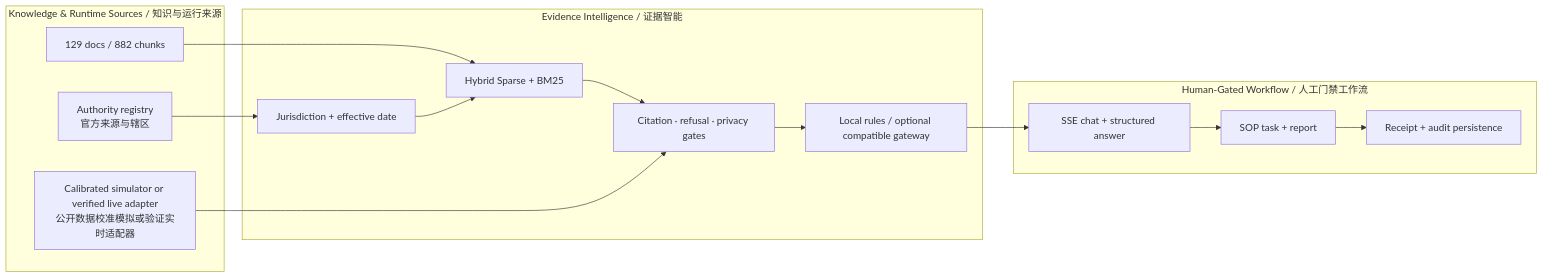
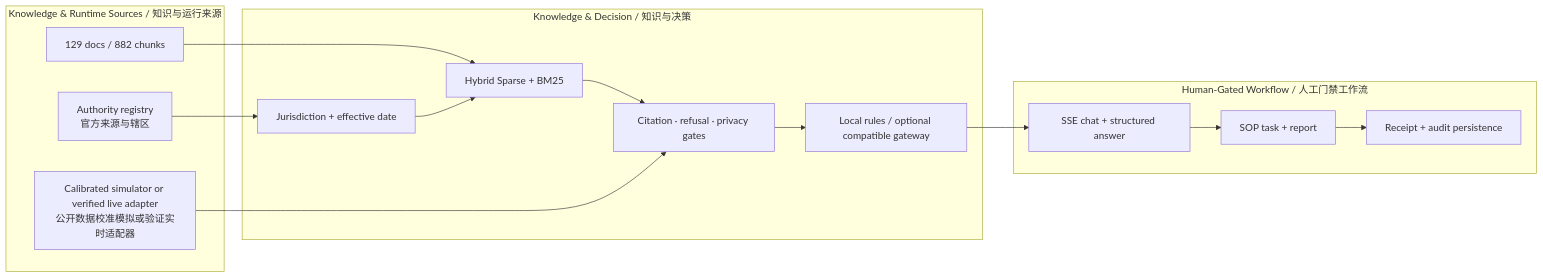
The diagram in README.md (wenjiayi123/xiaoyi-maritime-ai), drawn with Mermaid before and after one commit. The commit also changed other lines of this file and 15 other files, not shown here.

````diff
--- a/README.md
+++ b/README.md
@@ -127,24 +126,24 @@
 ```mermaid
 flowchart LR
   subgraph Sources["Knowledge & Runtime Sources / 知识与运行来源"]
     KB["129 docs / 882 chunks"]
     REG["Authority registry\n官方来源与辖区"]
     OPS["Calibrated simulator or verified live adapter\n公开数据校准模拟或验证实时适配器"]
   end
-  subgraph Intelligence["Evidence Intelligence / 证据智能"]
+  subgraph Intelligence["Knowledge & Decision / 知识与决策"]
     HYB["Hybrid Sparse + BM25"]
     ROUTE["Jurisdiction + effective date"]
     POLICY["Citation · refusal · privacy gates"]
     LLM["Local rules / optional compatible gateway"]
   end
   subgraph Workflow["Human-Gated Workflow / 人工门禁工作流"]
     CHAT["SSE chat + structured answer"]
     SOP["SOP task + report"]
     AUDIT["Receipt + audit persistence"]
   end
   KB --> HYB
   REG --> ROUTE --> HYB --> POLICY
   OPS --> POLICY
   POLICY --> LLM --> CHAT
   CHAT --> SOP --> AUDIT
 ```
````
